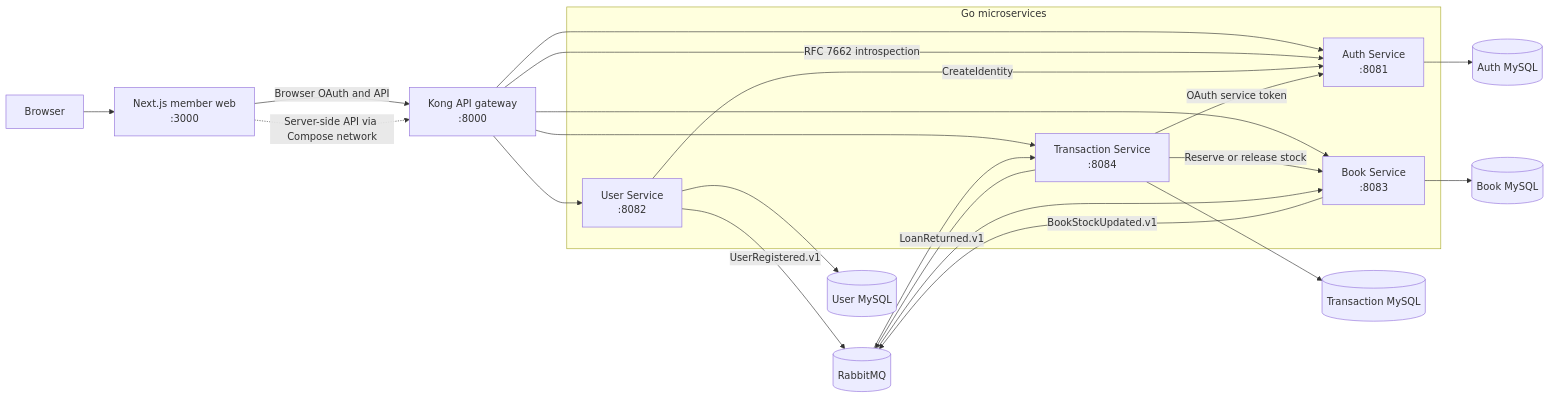
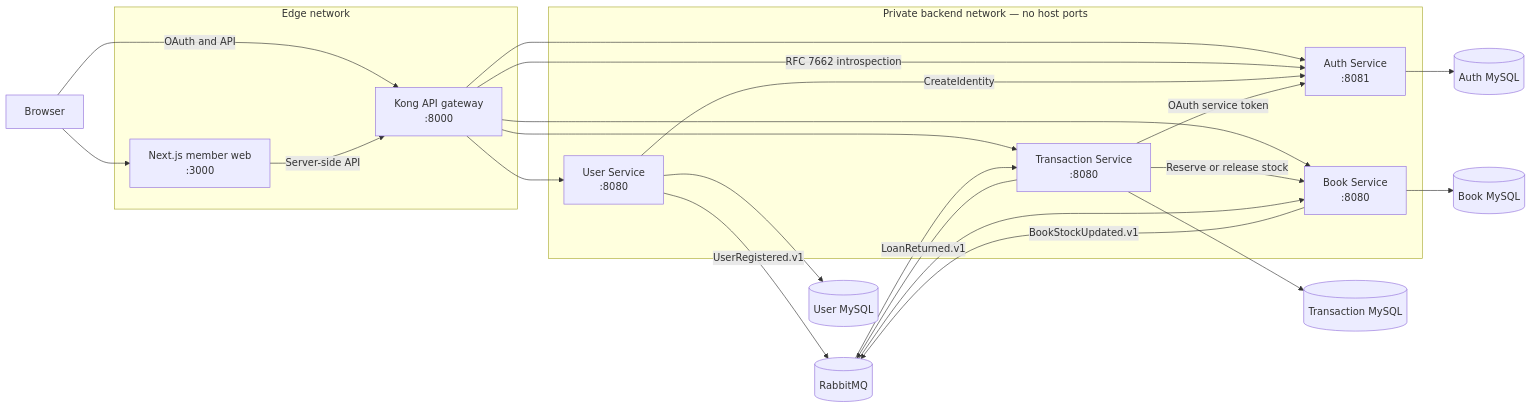
Before and after one commit to ilhamagustiawan/library-management-system: the diagram in README.md, drawn with Mermaid. The commit also changed other lines of this file and 8 other files, not shown here.

Commit message:
feat(infra): isolate backend services

````diff
--- a/README.md
+++ b/README.md
@@ -116,34 +116,40 @@
 ```mermaid
 flowchart LR
-    Browser["Browser"] --> Web["Next.js member web<br/>:3000"]
-    Web -->|"Browser OAuth and API"| Kong["Kong API gateway<br/>:8000"]
-    Web -.->|"Server-side API via Compose network"| Kong
+    Browser["Browser"]
 
-    subgraph Services["Go microservices"]
-        Auth["Auth Service<br/>:8081"]
-        User["User Service<br/>:8082"]
-        Book["Book Service<br/>:8083"]
-        Transaction["Transaction Service<br/>:8084"]
+    subgraph Edge["Edge network"]
+        Web["Next.js member web<br/>:3000"]
+        Kong["Kong API gateway<br/>:8000"]
     end
 
+    subgraph Backend["Private backend network — no host ports"]
+        Auth["Auth Service<br/>:8081"]
+        User["User Service<br/>:8080"]
+        Book["Book Service<br/>:8080"]
+        Transaction["Transaction Service<br/>:8080"]
+    end
+
+    Browser --> Web
+    Browser -->|"OAuth and API"| Kong
+    Web -->|"Server-side API"| Kong
     Kong --> Auth
     Kong --> User
     Kong --> Book
     Kong --> Transaction
     Kong -->|"RFC 7662 introspection"| Auth
 
     User -->|"CreateIdentity"| Auth
     Transaction -->|"OAuth service token"| Auth
     Transaction -->|"Reserve or release stock"| Book
 
     Auth --> AuthDB[("Auth MySQL")]
     User --> UserDB[("User MySQL")]
     Book --> BookDB[("Book MySQL")]
     Transaction --> TransactionDB[("Transaction MySQL")]
 
     User -->|"UserRegistered.v1"| Rabbit[("RabbitMQ")]
     Transaction -->|"LoanReturned.v1"| Rabbit
     Rabbit --> Book
     Book -->|"BookStockUpdated.v1"| Rabbit
     Rabbit --> Transaction
 ```
````
